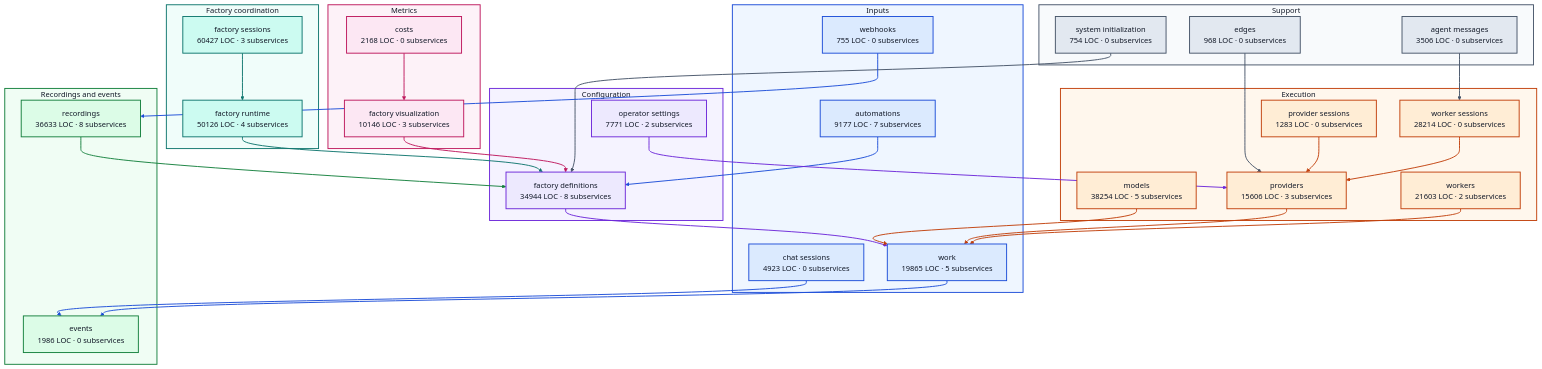
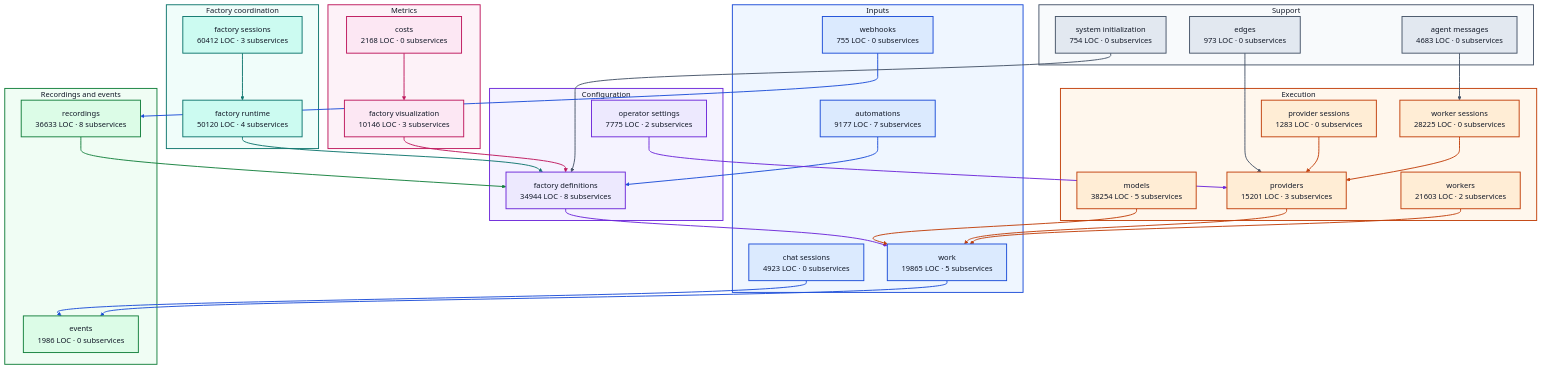
Before and after one commit to portpowered/you-agent-factory: the diagram in docs/architecture/visualizations/high-level-backend.md, drawn with Mermaid. The commit also changed other lines of this file and 21 other files, not shown here.

Commit message:
docs: refresh backend architecture visualizations

```diff
--- a/docs/architecture/visualizations/high-level-backend.md
+++ b/docs/architecture/visualizations/high-level-backend.md
@@ -10,17 +10,17 @@
   end
   subgraph configuration["Configuration"]
     s_services_factory_definitions["factory definitions<br/>34944 LOC · 8 subservices"]
-    s_services_operator_settings["operator settings<br/>7771 LOC · 2 subservices"]
+    s_services_operator_settings["operator settings<br/>7775 LOC · 2 subservices"]
   end
   subgraph coordination["Factory coordination"]
-    s_services_factory_runtime["factory runtime<br/>50126 LOC · 4 subservices"]
-    s_services_factory_sessions["factory sessions<br/>60427 LOC · 3 subservices"]
+    s_services_factory_runtime["factory runtime<br/>50120 LOC · 4 subservices"]
+    s_services_factory_sessions["factory sessions<br/>60412 LOC · 3 subservices"]
   end
   subgraph execution["Execution"]
     s_services_models["models<br/>38254 LOC · 5 subservices"]
     s_services_provider_sessions["provider sessions<br/>1283 LOC · 0 subservices"]
-    s_services_providers["providers<br/>15606 LOC · 3 subservices"]
-    s_services_worker_sessions["worker sessions<br/>28214 LOC · 0 subservices"]
+    s_services_providers["providers<br/>15201 LOC · 3 subservices"]
+    s_services_worker_sessions["worker sessions<br/>28225 LOC · 0 subservices"]
     s_services_workers["workers<br/>21603 LOC · 2 subservices"]
   end
   subgraph recordings["Recordings and events"]
@@ -32,8 +32,8 @@
     s_services_factory_visualization["factory visualization<br/>10146 LOC · 3 subservices"]
   end
   subgraph support["Support"]
-    s_services_agent_messages["agent messages<br/>3506 LOC · 0 subservices"]
-    s_services_edges["edges<br/>968 LOC · 0 subservices"]
+    s_services_agent_messages["agent messages<br/>4683 LOC · 0 subservices"]
+    s_services_edges["edges<br/>973 LOC · 0 subservices"]
     s_services_system_initialization["system initialization<br/>754 LOC · 0 subservices"]
   end
   s_services_agent_messages --> s_services_worker_sessions
```
